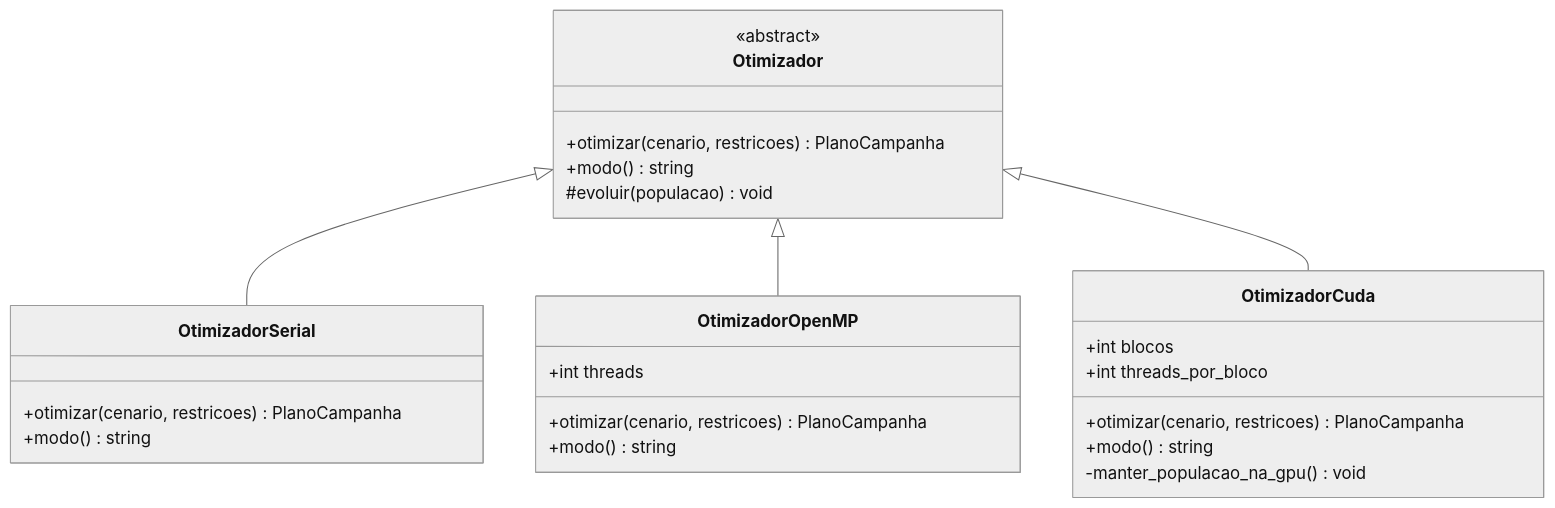
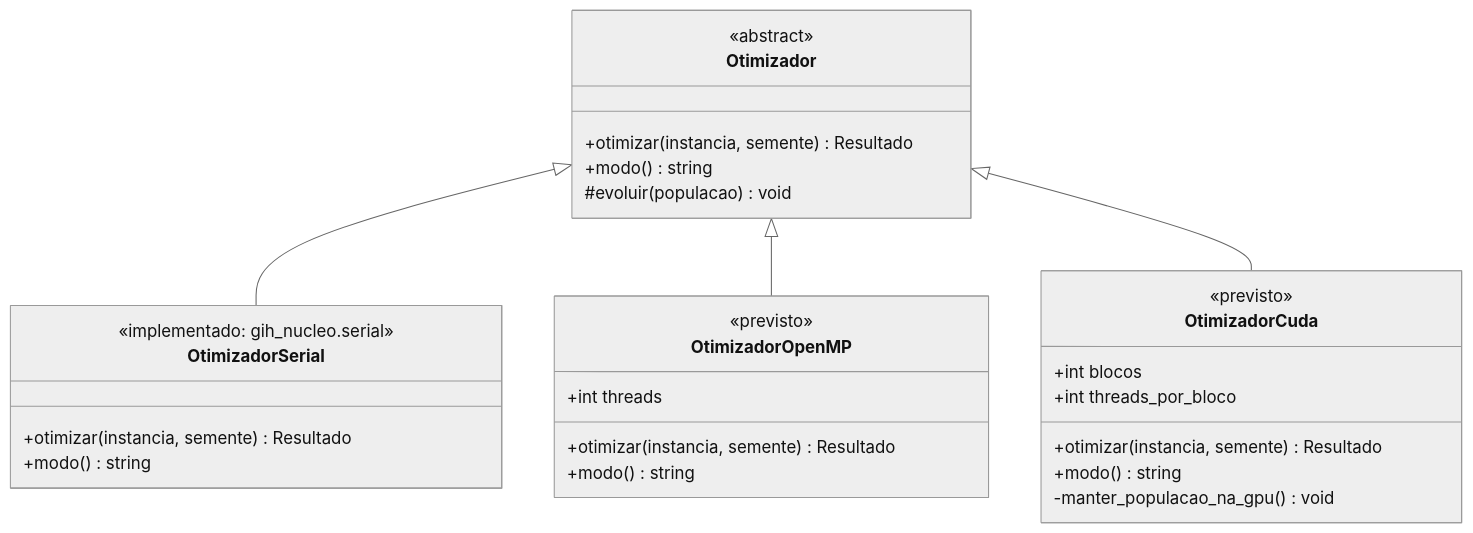
The eighth of 8 diagrams in docs/10-diagrama-de-classes.md (PedroMiranda243/gih-fabrica-de-software), drawn with Mermaid (neutral theme) before and after one commit. The commit also changed other lines of this file and 5 other files, not shown here.

````diff
--- a/docs/10-diagrama-de-classes.md
+++ b/docs/10-diagrama-de-classes.md
@@ -584,34 +620,37 @@
 ```mermaid
 classDiagram
     direction TB
 
     class Otimizador {
         <<abstract>>
-        +otimizar(cenario, restricoes) PlanoCampanha
+        +otimizar(instancia, semente) Resultado
         +modo() string
         #evoluir(populacao) void
     }
 
     class OtimizadorSerial {
-        +otimizar(cenario, restricoes) PlanoCampanha
+        <<implementado: gih_nucleo.serial>>
+        +otimizar(instancia, semente) Resultado
         +modo() string
     }
 
     class OtimizadorOpenMP {
+        <<previsto>>
         +int threads
-        +otimizar(cenario, restricoes) PlanoCampanha
+        +otimizar(instancia, semente) Resultado
         +modo() string
     }
 
     class OtimizadorCuda {
+        <<previsto>>
         +int blocos
         +int threads_por_bloco
-        +otimizar(cenario, restricoes) PlanoCampanha
+        +otimizar(instancia, semente) Resultado
         +modo() string
         -manter_populacao_na_gpu() void
     }
 
     Otimizador <|-- OtimizadorSerial
     Otimizador <|-- OtimizadorOpenMP
     Otimizador <|-- OtimizadorCuda
 ```
````
